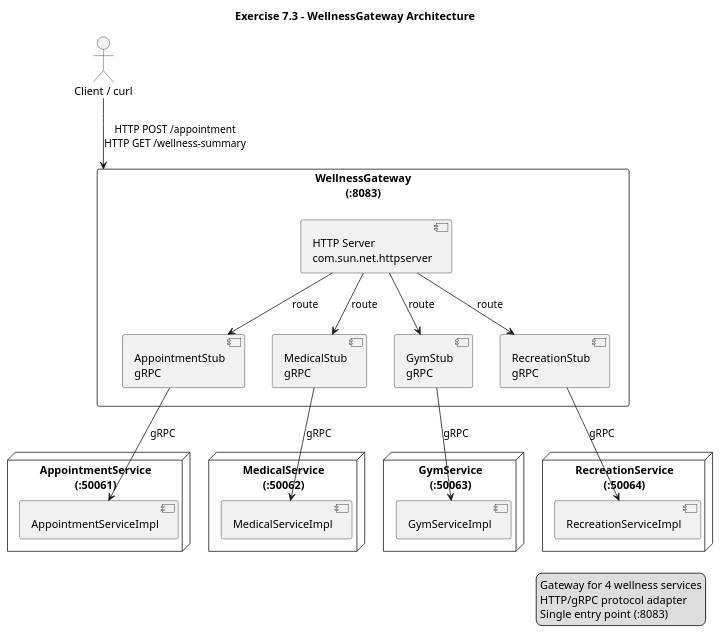
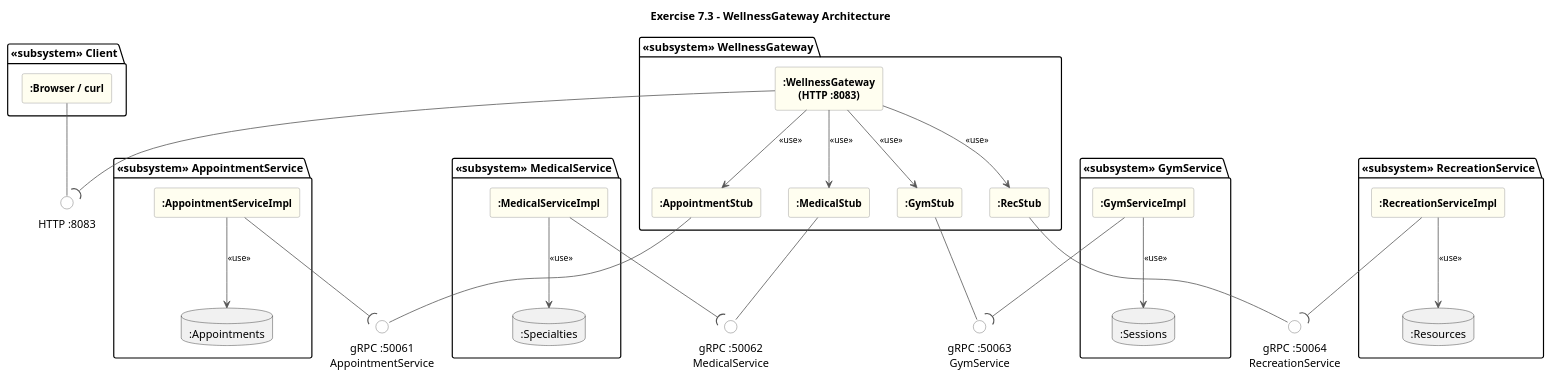
The diagram in docs/diagrams/exercise7_3_architecture.puml (Juank-1030/Lab03-Arquitecturas-ARSW), drawn with PlantUML before and after one commit. The commit also changed 175 other files, not shown here.

Commit message:
implementacion final, diagramas, contexto de los diagramas, correcciones minimas en codigos, version 1.4

```diff
--- a/docs/diagrams/exercise7_3_architecture.puml
+++ b/docs/diagrams/exercise7_3_architecture.puml
@@ -1,46 +1,97 @@
 @startuml
+skinparam componentStyle rectangle
+skinparam backgroundColor white
+skinparam defaultTextAlignment center
+
+skinparam component {
+  BackgroundColor #FFFEF0
+  BorderColor #888888
+  FontSize 13
+  FontStyle bold
+  ArrowColor #555555
+}
+
+skinparam interface {
+  BackgroundColor white
+  BorderColor #555555
+}
+
+skinparam arrow {
+  Color #555555
+  FontSize 11
+}
+
 title Exercise 7.3 - WellnessGateway Architecture
 
-actor "Client / curl" as client
-
-rectangle "WellnessGateway\n(:8083)" as gateway {
-  component [HTTP Server\ncom.sun.net.httpserver] as http
-  component [AppointmentStub\ngRPC] as appStub
-  component [MedicalStub\ngRPC] as medStub
-  component [GymStub\ngRPC] as gymStub
-  component [RecreationStub\ngRPC] as recStub
+' Subsistemas
+package "«subsystem» Client" {
+  component ":Browser / curl" as Browser
 }
 
-node "AppointmentService\n(:50061)" as appSvc {
-  [AppointmentServiceImpl] as appImpl
+package "«subsystem» WellnessGateway" {
+  component ":WellnessGateway\n(HTTP :8083)" as Gateway
+  component ":AppointmentStub" as AppStub
+  component ":MedicalStub" as MedStub
+  component ":GymStub" as GymStub
+  component ":RecStub" as RecStub
 }
 
-node "MedicalService\n(:50062)" as medSvc {
-  [MedicalServiceImpl] as medImpl
+package "«subsystem» AppointmentService" {
+  component ":AppointmentServiceImpl" as AppSvc
+  database ":Appointments" as AppDb
 }
 
-node "GymService\n(:50063)" as gymSvc {
-  [GymServiceImpl] as gymImpl
+package "«subsystem» MedicalService" {
+  component ":MedicalServiceImpl" as MedSvc
+  database ":Specialties" as MedDb
 }
 
-node "RecreationService\n(:50064)" as recSvc {
-  [RecreationServiceImpl] as recImpl
+package "«subsystem» GymService" {
+  component ":GymServiceImpl" as GymSvc
+  database ":Sessions" as GymDb
 }
 
-client --> gateway : HTTP POST /appointment\nHTTP GET /wellness-summary
-http --> appStub : route
-http --> medStub : route
-http --> gymStub : route
-http --> recStub : route
-appStub --> appImpl : gRPC
-medStub --> medImpl : gRPC
-gymStub --> gymImpl : gRPC
-recStub --> recImpl : gRPC
+package "«subsystem» RecreationService" {
+  component ":RecreationServiceImpl" as RecSvc
+  database ":Resources" as RecDb
+}
 
-legend right
-  Gateway for 4 wellness services
-  HTTP/gRPC protocol adapter
-  Single entry point (:8083)
-endlegend
+' Provided interfaces
+interface "HTTP :8083" as IHttp
+interface "gRPC :50061\nAppointmentService" as IApp
+interface "gRPC :50062\nMedicalService" as IMed
+interface "gRPC :50063\nGymService" as IGym
+interface "gRPC :50064\nRecreationService" as IRec
+
+' Conexiones (ball = provee, socket = requiere)
+' Gateway provee HTTP
+Gateway --( IHttp
+
+' Browser requiere HTTP
+Browser -- IHttp
+
+' Microservicios proveen gRPC
+AppSvc --( IApp
+MedSvc --( IMed
+GymSvc --( IGym
+RecSvc --( IRec
+
+' Gateway requiere los 4 servicios
+AppStub -- IApp
+MedStub -- IMed
+GymStub -- IGym
+RecStub -- IRec
+
+' Gateway usa stubs internamente
+Gateway --> AppStub : <<use>>
+Gateway --> MedStub : <<use>>
+Gateway --> GymStub : <<use>>
+Gateway --> RecStub : <<use>>
+
+' Servidores usan sus BD
+AppSvc --> AppDb : <<use>>
+MedSvc --> MedDb : <<use>>
+GymSvc --> GymDb : <<use>>
+RecSvc --> RecDb : <<use>>
 
 @enduml
```
